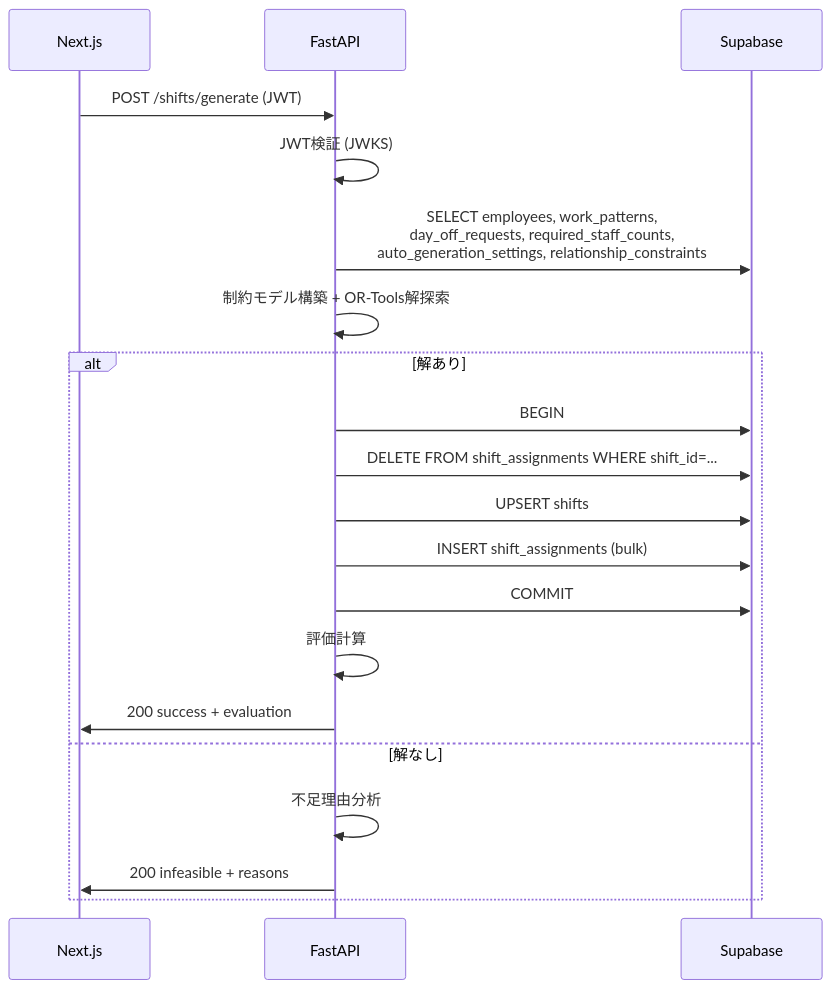
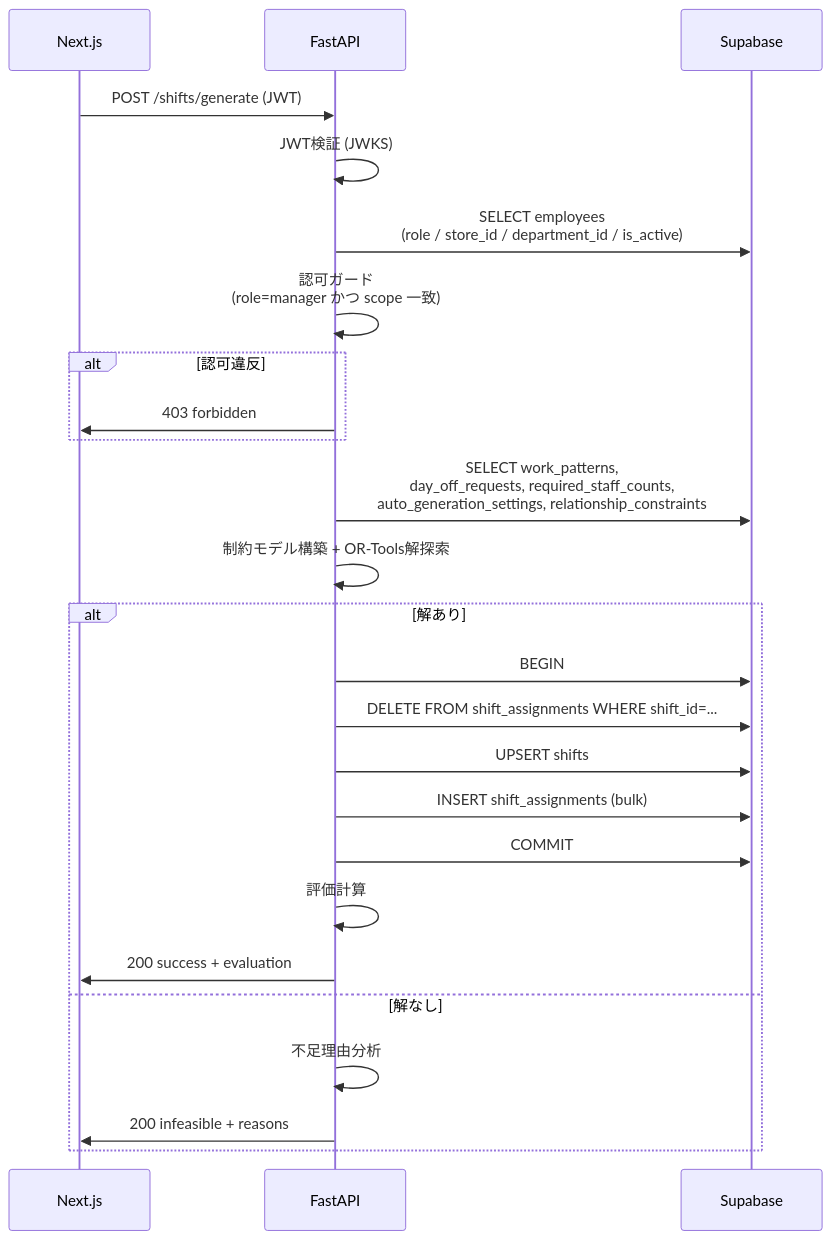
One commit to 1noseA/shiftan2 changed the second of 2 diagrams in docs/api_design.md. Above: the diagram before and after it, drawn with Mermaid. The commit also changed other lines of this file and 2 other files, not shown here.

````diff
--- a/docs/api_design.md
+++ b/docs/api_design.md
@@ -299,23 +335,28 @@
 ```mermaid
 sequenceDiagram
     participant N as Next.js
     participant F as FastAPI
     participant S as Supabase
 
     N->>F: POST /shifts/generate (JWT)
     F->>F: JWT検証 (JWKS)
-    F->>S: SELECT employees, work_patterns,<br/>day_off_requests, required_staff_counts,<br/>auto_generation_settings, relationship_constraints
+    F->>S: SELECT employees<br/>(role / store_id / department_id / is_active)
+    F->>F: 認可ガード<br/>(role=manager かつ scope 一致)
+    alt 認可違反
+        F->>N: 403 forbidden
+    end
+    F->>S: SELECT work_patterns,<br/>day_off_requests, required_staff_counts,<br/>auto_generation_settings, relationship_constraints
     F->>F: 制約モデル構築 + OR-Tools解探索
     alt 解あり
         F->>S: BEGIN
         F->>S: DELETE FROM shift_assignments WHERE shift_id=...
         F->>S: UPSERT shifts
         F->>S: INSERT shift_assignments (bulk)
         F->>S: COMMIT
         F->>F: 評価計算
         F->>N: 200 success + evaluation
     else 解なし
         F->>F: 不足理由分析
         F->>N: 200 infeasible + reasons
     end
 ```
````
